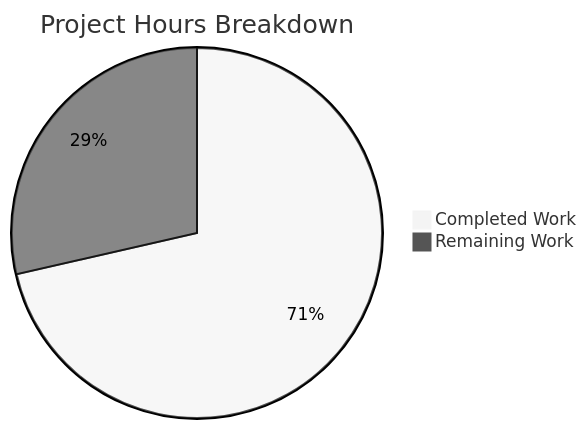
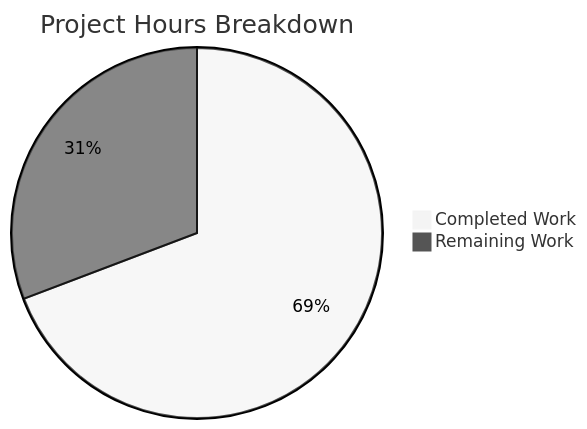
One commit to Sandeep01Kumar/001-existing-projects-qa-test changed the second of 2 diagrams in blitzy/documentation/Project Guide - dd3b5910-97dd-4a50-9643-0333d609f49b.md. Above: the diagram before and after it, drawn with Mermaid (neutral theme). The commit also changed other lines of this file, not shown here.

````diff
--- a/blitzy/documentation/Project Guide - dd3b5910-97dd-4a50-9643-0333d609f49b.md
+++ b/blitzy/documentation/Project Guide - dd3b5910-97dd-4a50-9643-0333d609f49b.md
@@ -175,5 +181,5 @@
 ```mermaid
 pie title Project Hours Breakdown
-    "Completed Work" : 5.0
+    "Completed Work" : 4.5
     "Remaining Work" : 2.0
 ```
````
